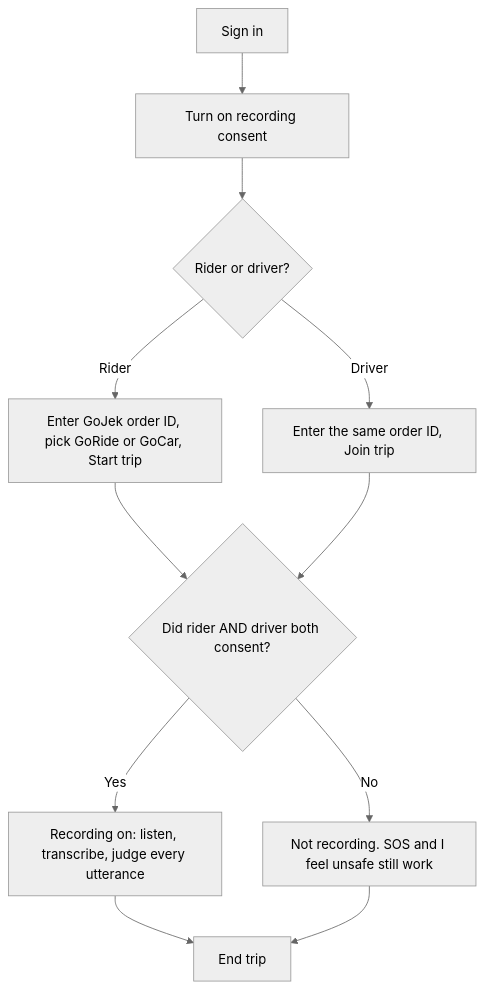
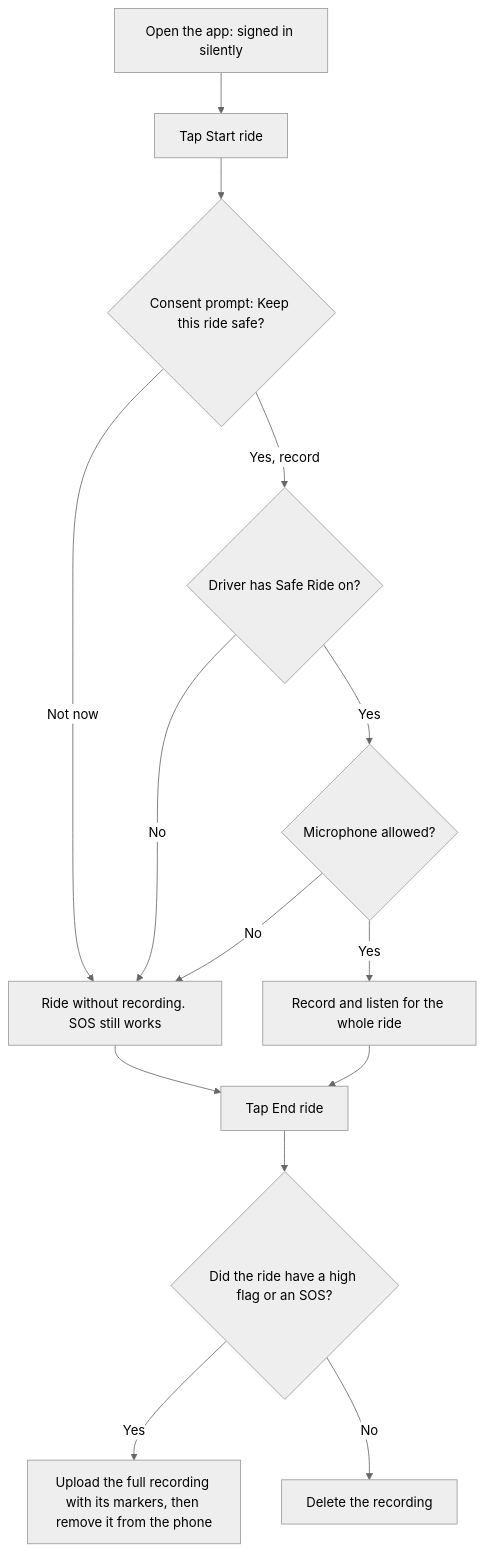
Before and after one commit to RahardiSalim/we-are-just-interns-be: the first of 2 diagrams in mobile/README.md, drawn with Mermaid (neutral theme). The commit also changed other lines of this file and 25 other files, not shown here.

First line of the commit message:
Consumer app: consent at ride start, real mic recording, upload after flagged rides

````diff
--- a/mobile/README.md
+++ b/mobile/README.md
@@ -22,13 +23,16 @@
 ```mermaid
 flowchart TD
-    A[Sign in] --> B[Turn on recording consent]
-    B --> C{Rider or driver?}
-    C -- Rider --> D[Enter GoJek order ID, pick GoRide or GoCar, Start trip]
-    C -- Driver --> E[Enter the same order ID, Join trip]
-    D --> F{Did rider AND driver both consent?}
-    E --> F
-    F -- No --> G[Not recording. SOS and I feel unsafe still work]
-    F -- Yes --> H[Recording on: listen, transcribe, judge every utterance]
-    H --> I[End trip]
-    G --> I
+    A[Open the app: signed in silently] --> B[Tap Start ride]
+    B --> C{Consent prompt: Keep this ride safe?}
+    C -- Not now --> D[Ride without recording. SOS still works]
+    C -- Yes, record --> E{Driver has Safe Ride on?}
+    E -- No --> D
+    E -- Yes --> F{Microphone allowed?}
+    F -- No --> D
+    F -- Yes --> G[Record and listen for the whole ride]
+    G --> H[Tap End ride]
+    D --> H
+    H --> I{Did the ride have a high flag or an SOS?}
+    I -- Yes --> J[Upload the full recording with its markers, then remove it from the phone]
+    I -- No --> K[Delete the recording]
 ```
````
